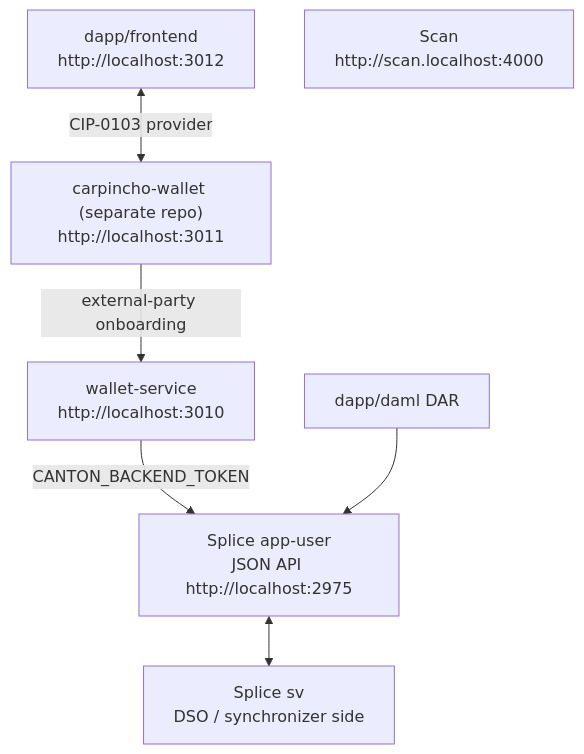
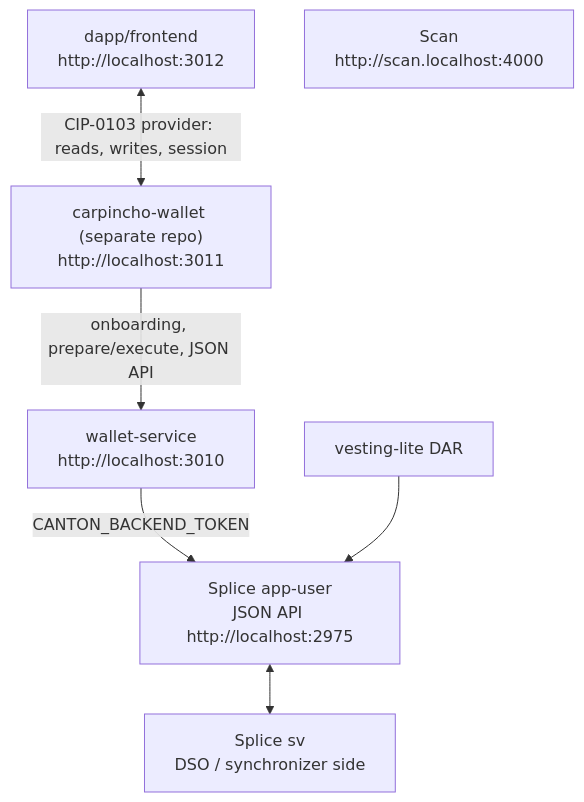
Before and after one commit to BootNodeDev/canton-dappbooster: the diagram in architecture.md, drawn with Mermaid. The commit also changed other lines of this file and 2 other files, not shown here.

First line of the commit message:
docs: describe the live vesting stack

````diff
--- a/architecture.md
+++ b/architecture.md
@@ -17,16 +17,16 @@
 ```mermaid
 flowchart TD
   fe["dapp/frontend<br/>http://localhost:3012"]
   wallet["carpincho-wallet (separate repo)<br/>http://localhost:3011"]
   ws["wallet-service<br/>http://localhost:3010"]
   au["Splice app-user<br/>JSON API http://localhost:2975"]
   sv["Splice sv<br/>DSO / synchronizer side"]
   scan["Scan<br/>http://scan.localhost:4000"]
-  dar["dapp/daml DAR"]
+  dar["vesting-lite DAR"]
 
-  fe <-->|"CIP-0103 provider"| wallet
-  wallet -->|"external-party onboarding"| ws
+  fe <-->|"CIP-0103 provider: reads, writes, session"| wallet
+  wallet -->|"onboarding, prepare/execute, JSON API"| ws
   ws -->|"CANTON_BACKEND_TOKEN"| au
   au <--> sv
   dar --> au
 ```
````
